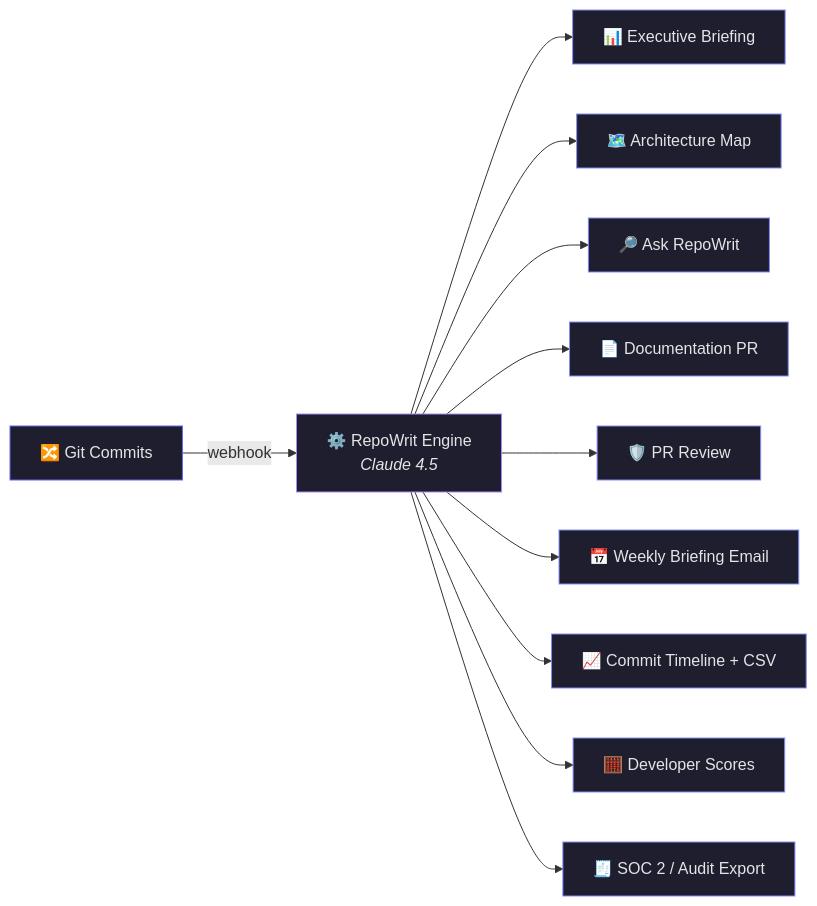
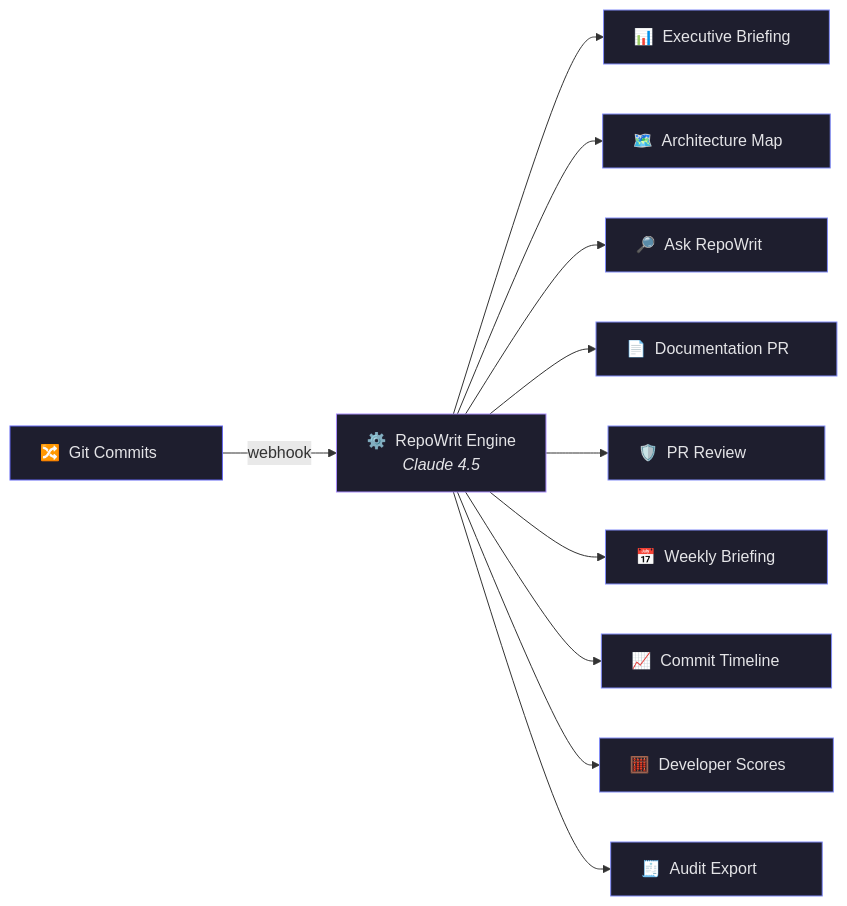
Before and after one commit to RepoWrit/.github: the diagram in profile/README.md, drawn with Mermaid.

Commit message:
Improve diagram formatting in README.md for better readability

````diff
--- a/profile/README.md
+++ b/profile/README.md
@@ -30,25 +30,25 @@
 ```mermaid
 graph LR
-    A["🔀 Git Commits"] -->|webhook| B["⚙️ RepoWrit Engine<br/><i>Claude 4.5</i>"]
-    B --> C["📊 Executive Briefing"]
-    B --> D["🗺️ Architecture Map"]
-    B --> E["🔎 Ask RepoWrit"]
-    B --> F["📄 Documentation PR"]
-    B --> G["🛡️ PR Review"]
-    B --> H["📅 Weekly Briefing Email"]
-    B --> I["📈 Commit Timeline + CSV"]
-    B --> J["🧮 Developer Scores"]
-    B --> K["🧾 SOC 2 / Audit Export"]
+    A["🔀&nbsp;&nbsp;Git Commits&nbsp;&nbsp;&nbsp;&nbsp;&nbsp;&nbsp;&nbsp;&nbsp;"] -->|webhook| B["⚙️&nbsp;&nbsp;RepoWrit Engine<br/><i>Claude 4.5</i>"]
+    B --> C["📊&nbsp;&nbsp;Executive Briefing&nbsp;&nbsp;"]
+    B --> D["🗺️&nbsp;&nbsp;Architecture Map&nbsp;&nbsp;&nbsp;&nbsp;"]
+    B --> E["🔎&nbsp;&nbsp;Ask RepoWrit&nbsp;&nbsp;&nbsp;&nbsp;&nbsp;&nbsp;&nbsp;&nbsp;"]
+    B --> F["📄&nbsp;&nbsp;Documentation PR&nbsp;&nbsp;&nbsp;&nbsp;"]
+    B --> G["🛡️&nbsp;&nbsp;PR Review&nbsp;&nbsp;&nbsp;&nbsp;&nbsp;&nbsp;&nbsp;&nbsp;&nbsp;&nbsp;&nbsp;"]
+    B --> H["📅&nbsp;&nbsp;Weekly Briefing&nbsp;&nbsp;&nbsp;&nbsp;&nbsp;"]
+    B --> I["📈&nbsp;&nbsp;Commit Timeline&nbsp;&nbsp;&nbsp;&nbsp;&nbsp;"]
+    B --> J["🧮&nbsp;&nbsp;Developer Scores&nbsp;&nbsp;&nbsp;&nbsp;"]
+    B --> K["🧾&nbsp;&nbsp;Audit Export&nbsp;&nbsp;&nbsp;&nbsp;&nbsp;&nbsp;&nbsp;&nbsp;"]
 
     style A fill:#1e1e2e,stroke:#6366f1,color:#e4e4e7
     style B fill:#1e1e2e,stroke:#a78bfa,color:#e4e4e7
     style C fill:#1e1e2e,stroke:#818cf8,color:#e4e4e7
     style D fill:#1e1e2e,stroke:#818cf8,color:#e4e4e7
     style E fill:#1e1e2e,stroke:#818cf8,color:#e4e4e7
     style F fill:#1e1e2e,stroke:#818cf8,color:#e4e4e7
     style G fill:#1e1e2e,stroke:#818cf8,color:#e4e4e7
     style H fill:#1e1e2e,stroke:#818cf8,color:#e4e4e7
     style I fill:#1e1e2e,stroke:#818cf8,color:#e4e4e7
     style J fill:#1e1e2e,stroke:#818cf8,color:#e4e4e7
     style K fill:#1e1e2e,stroke:#818cf8,color:#e4e4e7
 ```
````
